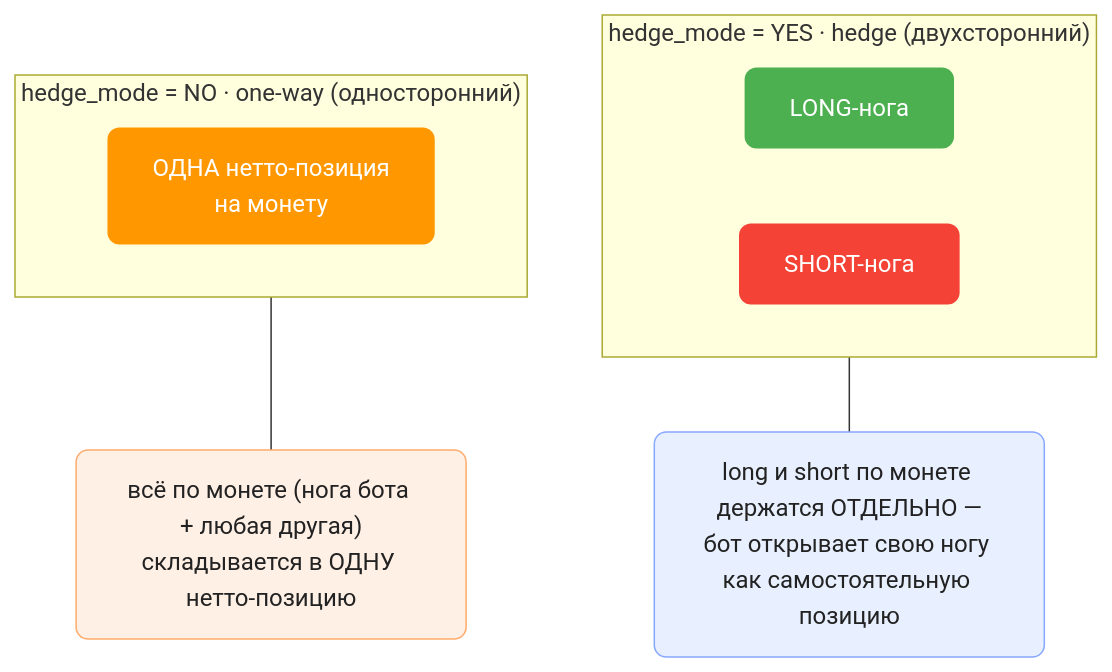
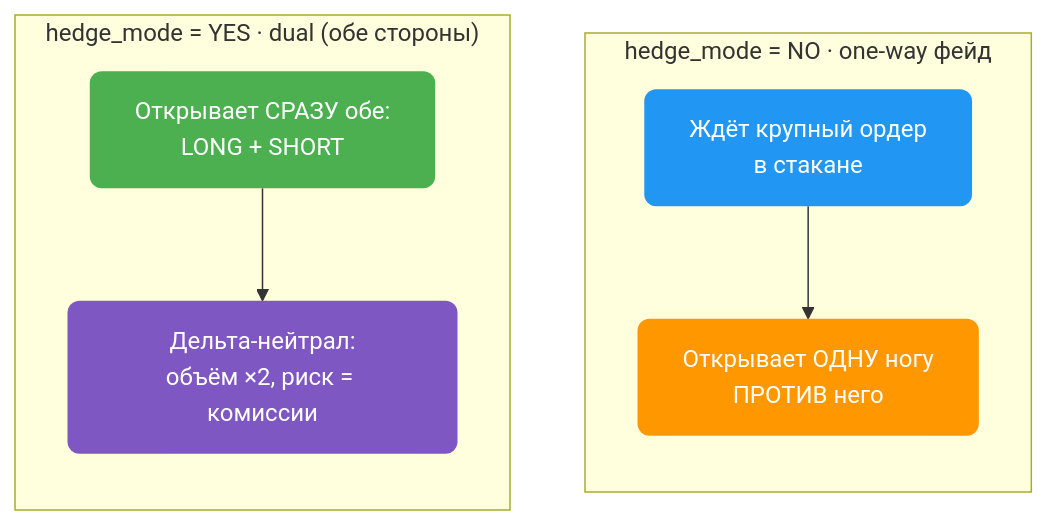
The second of 5 diagrams in src/content/docs/exchanges/bybit-autopilot/ice.md (AutoPilotSoftware/docs), drawn with Mermaid before and after one commit. The commit also changed other lines of this file, not shown here.

First line of the commit message:
docs(ice): hedge_mode=YES now opens both sides (dual, delta-neutral)

````diff
--- a/src/content/docs/exchanges/bybit-autopilot/ice.md
+++ b/src/content/docs/exchanges/bybit-autopilot/ice.md
@@ -155,19 +165,15 @@
 ```mermaid
 flowchart TB
-    subgraph YES["hedge_mode = YES · hedge (двухсторонний)"]
-        direction LR
-        L["LONG-нога"]
-        S["SHORT-нога"]
+    subgraph NO["hedge_mode = NO · one-way фейд"]
+        direction TB
+        n1["Ждёт крупный ордер<br/>в стакане"] --> n2["Открывает ОДНУ ногу<br/>ПРОТИВ него"]
     end
-    subgraph NO["hedge_mode = NO · one-way (односторонний)"]
-        direction LR
-        N["ОДНА нетто-позиция<br/>на монету"]
+    subgraph YES["hedge_mode = YES · dual (обе стороны)"]
+        direction TB
+        y1["Открывает СРАЗУ обе:<br/>LONG + SHORT"] --> y2["Дельта-нейтрал:<br/>объём ×2, риск = комиссии"]
     end
-    YES --- yd["long и short по монете держатся ОТДЕЛЬНО —<br/>бот открывает свою ногу как самостоятельную позицию"]
-    NO --- nd["всё по монете (нога бота + любая другая)<br/>складывается в ОДНУ нетто-позицию"]
-    style L fill:#4CAF50,color:#fff,stroke:none,rx:8
-    style S fill:#f44336,color:#fff,stroke:none,rx:8
-    style N fill:#FF9800,color:#fff,stroke:none,rx:8
-    style yd fill:#e8f0ff,color:#222,stroke:#88a8ff,rx:8
-    style nd fill:#fff0e6,color:#222,stroke:#ffab6b,rx:8
+    style n1 fill:#2196F3,color:#fff,stroke:none,rx:8
+    style n2 fill:#FF9800,color:#fff,stroke:none,rx:8
+    style y1 fill:#4CAF50,color:#fff,stroke:none,rx:8
+    style y2 fill:#7E57C2,color:#fff,stroke:none,rx:8
 ```
````
